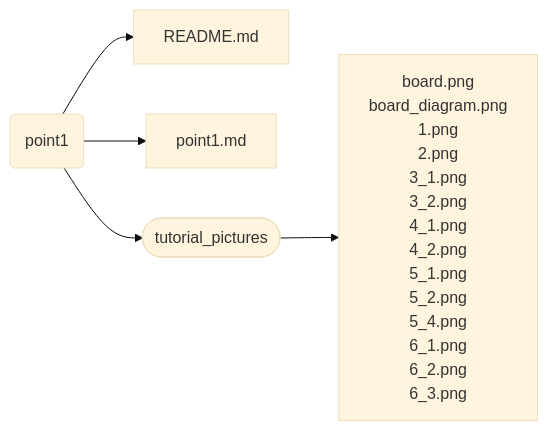
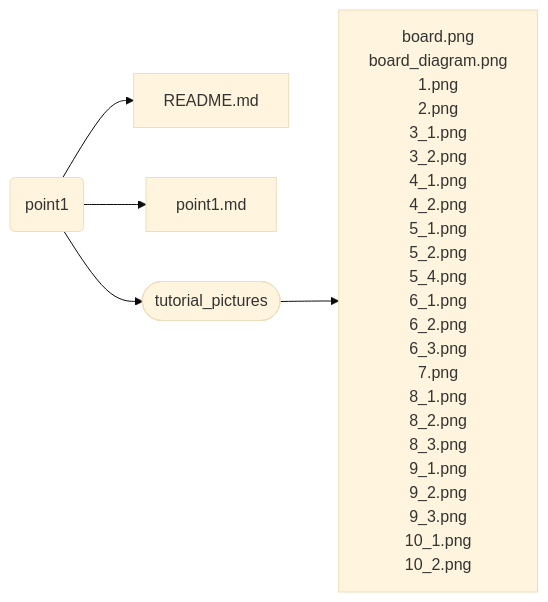
Before and after one commit to smokyisthatyou/STM32Nucleo64: the diagram in README.md, drawn with Mermaid.

Commit message:
picture list update

````diff
--- a/README.md
+++ b/README.md
@@ -8,15 +8,15 @@
 ```mermaid
 %%{init: {'theme':'base'}}%%
 graph LR;
 p1(point1)
 p1-->README.md;
 p1-->point1.md;
 p1-->dir([tutorial_pictures]);
-pictures["board.png <br>board_diagram.png <br>1.png <br>2.png <br>3_1.png <br>3_2.png <br>4_1.png <br>4_2.png <br>5_1.png <br>5_2.png <br>5_4.png <br>6_1.png <br>6_2.png <br>6_3.png"]
+pictures["board.png <br>board_diagram.png <br>1.png <br>2.png <br>3_1.png <br>3_2.png <br>4_1.png <br>4_2.png <br>5_1.png <br>5_2.png <br>5_4.png <br>6_1.png <br>6_2.png <br>6_3.png <br>7.png <br>8_1.png <br>8_2.png <br>8_3.png <br>9_1.png <br>9_2.png <br> 9_3.png <br>10_1.png <br>10_2.png"]
 dir([tutorial_pictures])-->pictures;
 
 click p1 href "https://baltig.polito.it/caos2023/group2/-/tree/point1" "Link to point1";
 click point1.md href "https://baltig.polito.it/caos2023/group2/-/tree/point1/point1.md" "Link to point1.md";
 click dir href "https://baltig.polito.it/caos2023/group2/-/tree/point1/tutorial_pictures" "Link to tutorial_pictures";
 click pictures href "https://baltig.polito.it/caos2023/group2/-/tree/point1/tutorial_pictures" "Link to tutorial_pictures";
 ```
````
